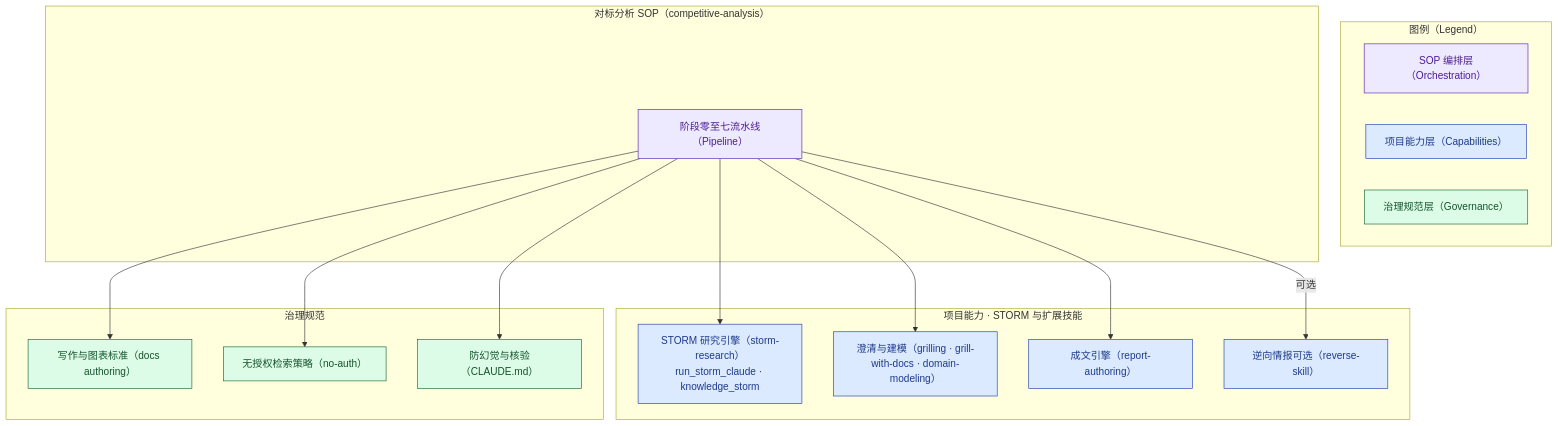
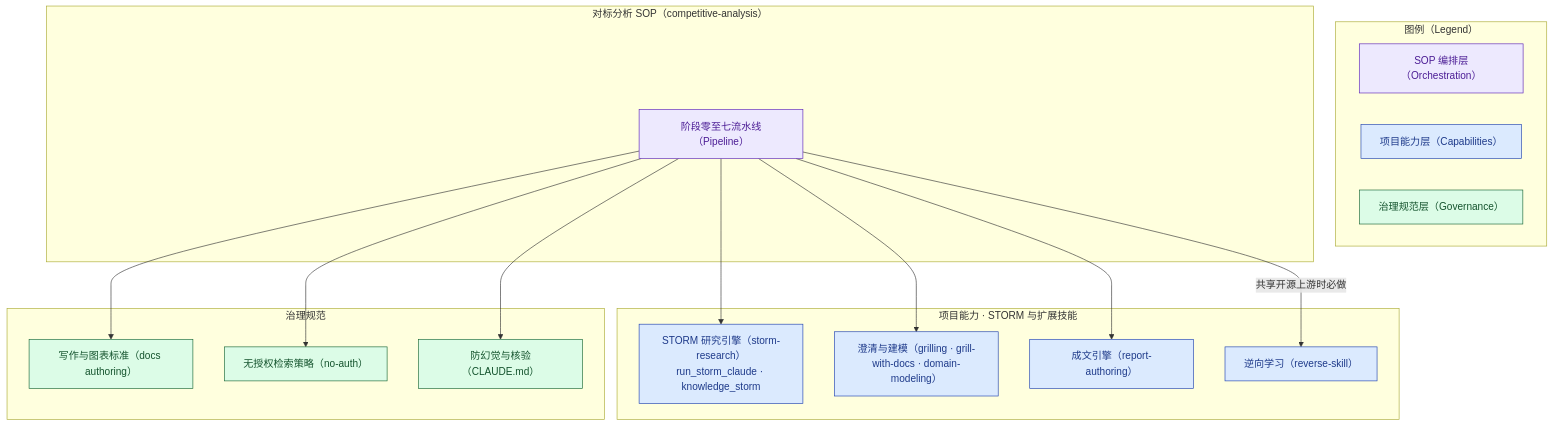
One commit to turtacn/storm changed the second of 2 diagrams in docs/harness-sop/README.md. Above: the diagram before and after it, drawn with Mermaid. The commit also changed other lines of this file and 3 other files, not shown here.

````diff
--- a/docs/harness-sop/README.md
+++ b/docs/harness-sop/README.md
@@ -73,38 +73,38 @@
 ```mermaid
 graph TD
     %% 本 SOP 建立在 STORM 与扩展技能之上
     subgraph LG[图例（Legend）]
         LSOP[SOP 编排层（Orchestration）]:::sopCls
         LCAP[项目能力层（Capabilities）]:::capCls
         LGOV[治理规范层（Governance）]:::govCls
     end
 
     subgraph SOP[对标分析 SOP（competitive-analysis）]
         S0[阶段零至七流水线（Pipeline）]:::sopCls
     end
 
     subgraph CAP[项目能力 · STORM 与扩展技能]
         C1[STORM 研究引擎（storm-research）<br>run_storm_claude · knowledge_storm]:::capCls
         C2[澄清与建模（grilling · grill-with-docs · domain-modeling）]:::capCls
         C3[成文引擎（report-authoring）]:::capCls
-        C4[逆向情报可选（reverse-skill）]:::capCls
+        C4[逆向学习（reverse-skill）]:::capCls
     end
 
     subgraph GOV[治理规范]
         G1[写作与图表标准（docs authoring）]:::govCls
         G2[无授权检索策略（no-auth）]:::govCls
         G3[防幻觉与核验（CLAUDE.md）]:::govCls
     end
 
     S0 --> C1
     S0 --> C2
     S0 --> C3
-    S0 -->|可选| C4
+    S0 -->|共享开源上游时必做| C4
     S0 --> G1
     S0 --> G2
     S0 --> G3
 
     classDef sopCls fill:#ede9fe,stroke:#5b21b6,color:#4c1d95;
     classDef capCls fill:#dbeafe,stroke:#1e40af,color:#1e3a8a;
     classDef govCls fill:#dcfce7,stroke:#166534,color:#14532d;
 ```
````
